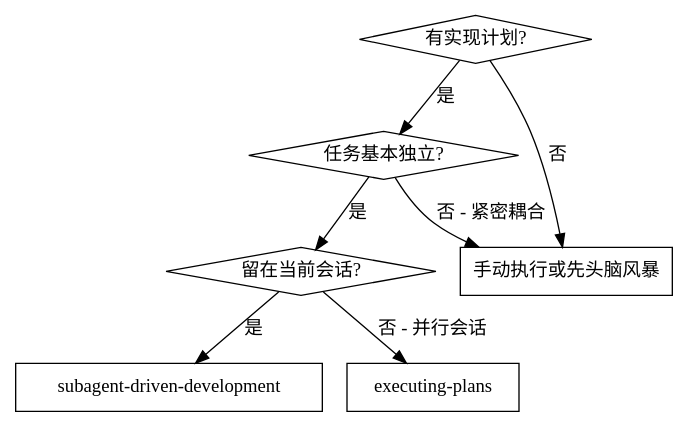
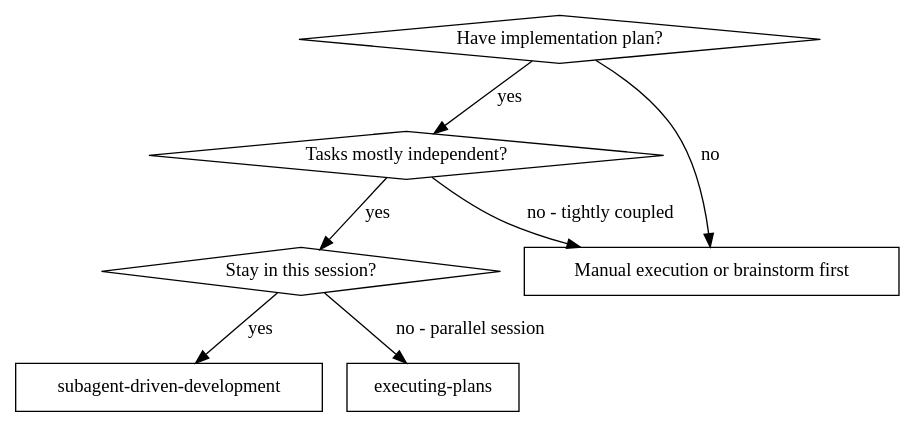
One commit to alaikis/opentether changed the first of 2 diagrams in .claude/skills/subagent-driven-development/SKILL.md. Above: the diagram before and after it, drawn with Graphviz. The commit also changed other lines of this file and 179 other files, not shown here.

````diff
--- a/.claude/skills/subagent-driven-development/SKILL.md
+++ b/.claude/skills/subagent-driven-development/SKILL.md
@@ -16,17 +21,17 @@
 ```dot
 digraph when_to_use {
-    "有实现计划?" [shape=diamond];
-    "任务基本独立?" [shape=diamond];
-    "留在当前会话?" [shape=diamond];
+    "Have implementation plan?" [shape=diamond];
+    "Tasks mostly independent?" [shape=diamond];
+    "Stay in this session?" [shape=diamond];
     "subagent-driven-development" [shape=box];
     "executing-plans" [shape=box];
-    "手动执行或先头脑风暴" [shape=box];
+    "Manual execution or brainstorm first" [shape=box];
 
-    "有实现计划?" -> "任务基本独立?" [label="是"];
-    "有实现计划?" -> "手动执行或先头脑风暴" [label="否"];
-    "任务基本独立?" -> "留在当前会话?" [label="是"];
-    "任务基本独立?" -> "手动执行或先头脑风暴" [label="否 - 紧密耦合"];
-    "留在当前会话?" -> "subagent-driven-development" [label="是"];
-    "留在当前会话?" -> "executing-plans" [label="否 - 并行会话"];
+    "Have implementation plan?" -> "Tasks mostly independent?" [label="yes"];
+    "Have implementation plan?" -> "Manual execution or brainstorm first" [label="no"];
+    "Tasks mostly independent?" -> "Stay in this session?" [label="yes"];
+    "Tasks mostly independent?" -> "Manual execution or brainstorm first" [label="no - tightly coupled"];
+    "Stay in this session?" -> "subagent-driven-development" [label="yes"];
+    "Stay in this session?" -> "executing-plans" [label="no - parallel session"];
 }
 ```
````
